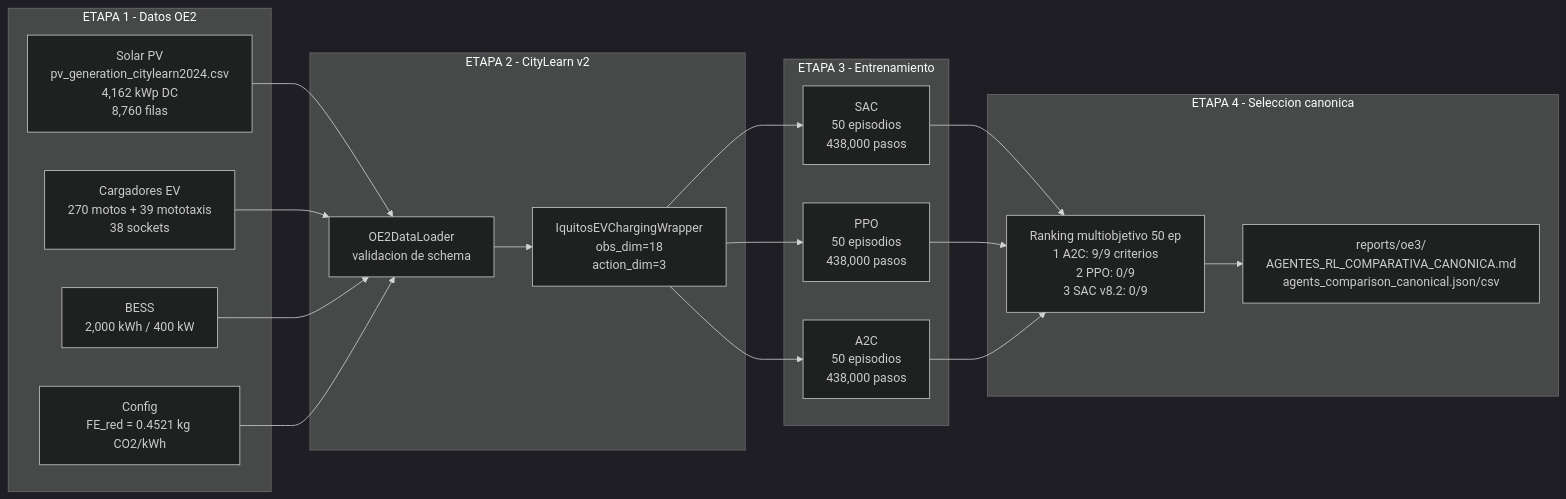
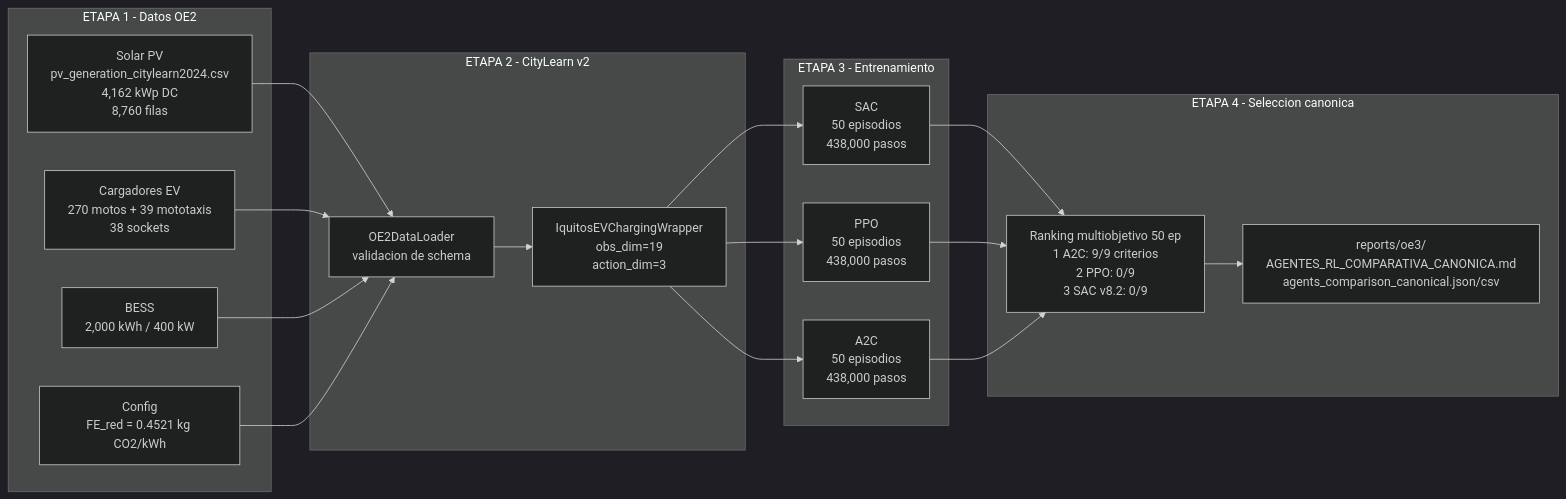
The diagram in reports/02_FLUJO_TRABAJO_DETALLADO.mmd (Mac-Tapia/dise-opvbesscar), drawn with Mermaid (dark theme) before and after one commit. The commit also changed 65 other files, not shown here.

First line of the commit message:
fix(values): purge all stale 4050/obs_dim=18 across entire codebase

```diff
--- a/reports/02_FLUJO_TRABAJO_DETALLADO.mmd
+++ b/reports/02_FLUJO_TRABAJO_DETALLADO.mmd
@@ -1,36 +1,36 @@
 graph LR
     subgraph ETAPA1["ETAPA 1 - Datos OE2"]
         SOLF["Solar PV<br/>pv_generation_citylearn2024.csv<br/>4,162 kWp DC<br/>8,760 filas"]
         EV_F["Cargadores EV<br/>270 motos + 39 mototaxis<br/>38 sockets"]
         BESSF["BESS<br/>2,000 kWh / 400 kW"]
         CFG["Config<br/>FE_red = 0.4521 kg CO2/kWh"]
     end
 
     subgraph ETAPA2["ETAPA 2 - CityLearn v2"]
         DL["OE2DataLoader<br/>validacion de schema"]
-        CL["IquitosEVChargingWrapper<br/>obs_dim=18<br/>action_dim=3"]
+        CL["IquitosEVChargingWrapper<br/>obs_dim=19<br/>action_dim=3"]
     end
 
     subgraph ETAPA3["ETAPA 3 - Entrenamiento"]
         SAC["SAC<br/>50 episodios<br/>438,000 pasos"]
         PPO["PPO<br/>50 episodios<br/>438,000 pasos"]
         A2C["A2C<br/>50 episodios<br/>438,000 pasos"]
     end
 
     subgraph ETAPA4["ETAPA 4 - Seleccion canonica"]
         RANK["Ranking multiobjetivo 50 ep<br/>1 A2C: 9/9 criterios<br/>2 PPO: 0/9<br/>3 SAC v8.2: 0/9"]
         DOC["reports/oe3/<br/>AGENTES_RL_COMPARATIVA_CANONICA.md<br/>agents_comparison_canonical.json/csv"]
     end
 
     SOLF --> DL
     EV_F --> DL
     BESSF --> DL
     CFG --> DL
     DL --> CL
     CL --> SAC
     CL --> PPO
     CL --> A2C
     SAC --> RANK
     PPO --> RANK
     A2C --> RANK
     RANK --> DOC
```
